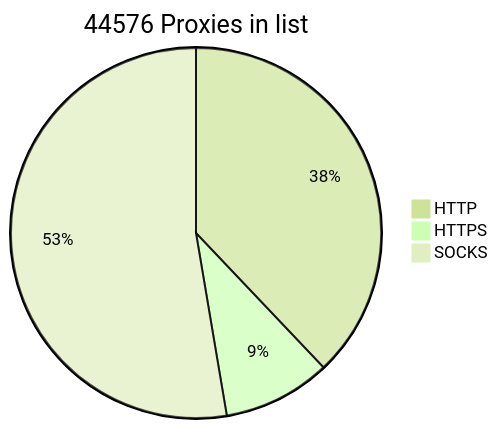
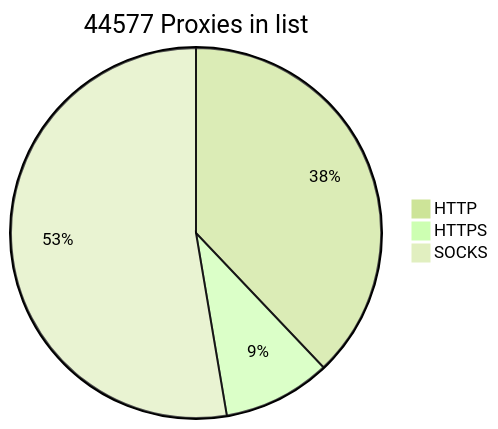
One commit to BlackSnowDot/proxylist-update-every-minute changed the diagram in README.md. Above: the diagram before and after it, drawn with Mermaid (forest theme).

````diff
--- a/README.md
+++ b/README.md
@@ -2,6 +2,6 @@
 ```mermaid
-pie title 44576 Proxies in list
+pie title 44577 Proxies in list
     "HTTP" : 18437
     "HTTPS": 4581
-    "SOCKS" : 25607
+    "SOCKS" : 25608
 ```
````
